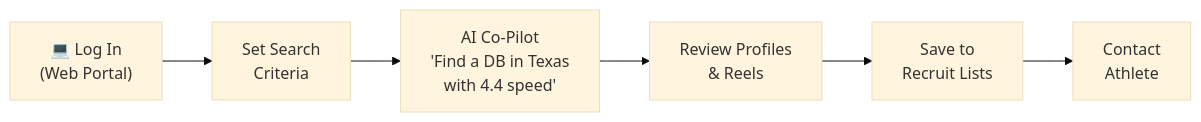
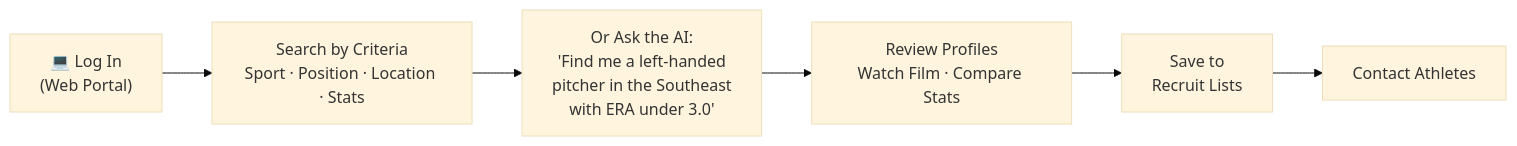
One commit to huttonbenj/The-Prowler changed the third of 13 diagrams in STRATEGY.md. Above: the diagram before and after it, drawn with Mermaid (base theme). The commit also changed other lines of this file and 1 other file, not shown here.

````diff
--- a/STRATEGY.md
+++ b/STRATEGY.md
@@ -90,8 +105,8 @@
 ```mermaid
 flowchart LR
-    A["💻 Log In<br/>(Web Portal)"] --> B["Set Search<br/>Criteria"]
-    B --> C["AI Co-Pilot<br/>'Find a DB in Texas<br/>with 4.4 speed'"]
-    C --> D["Review Profiles<br/>& Reels"]
+    A["💻 Log In<br/>(Web Portal)"] --> B["Search by Criteria<br/>Sport · Position · Location · Stats"]
+    B --> C["Or Ask the AI:<br/>'Find me a left-handed<br/>pitcher in the Southeast<br/>with ERA under 3.0'"]
+    C --> D["Review Profiles<br/>Watch Film · Compare Stats"]
     D --> E["Save to<br/>Recruit Lists"]
-    E --> F["Contact<br/>Athlete"]
+    E --> F["Contact Athletes"]
 ```
````
